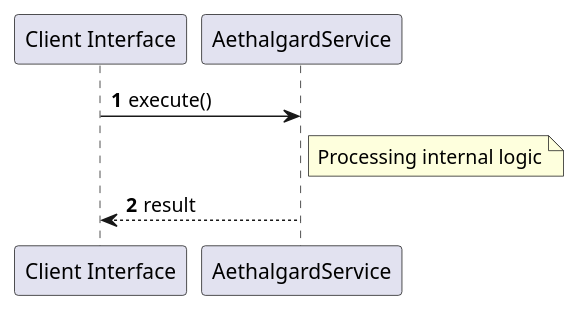
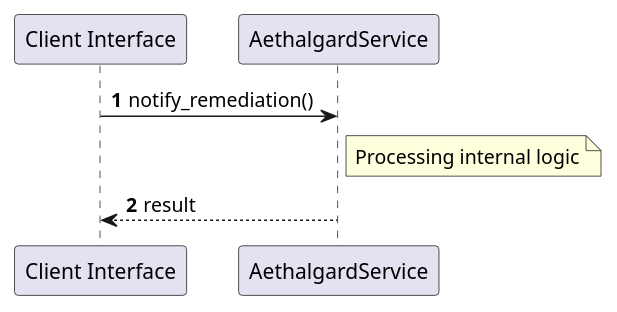
The sixth of 6 diagrams in openwiki/crates_factory_infrastructure_src_aethalgard.md (lgcorzo/rust_CACD_autonomous_factory), drawn with PlantUML before and after one commit. The commit also changed other lines of this file and 96 other files, not shown here.

````diff
--- a/openwiki/crates_factory_infrastructure_src_aethalgard.md
+++ b/openwiki/crates_factory_infrastructure_src_aethalgard.md
@@ -197,11 +260,11 @@
 ```plantuml
 @startuml
 autonumber
 participant "Client Interface" as Caller
 participant "AethalgardService" as Svc
-Caller -> Svc: execute()
+Caller -> Svc: notify_remediation()
 note right of Svc: Processing internal logic
 Svc --> Caller: result
 @enduml
 
 ```
````
